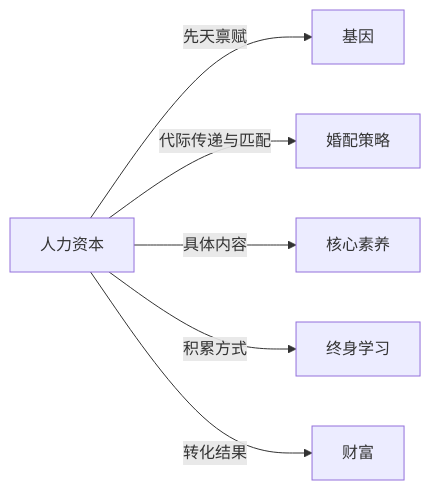
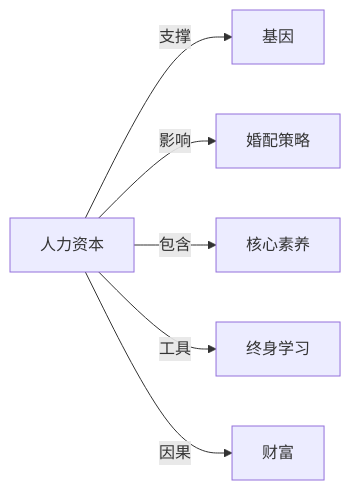
The diagram in Knowledge/Concepts/经济/人力资本.md (KIMMCHOW/MyKnowledge), drawn with Mermaid before and after one commit. The commit also changed 95 other files, not shown here.

Commit message:
reorganize: 统一关系图边标签为11类

````diff
--- a/Knowledge/Concepts/经济/人力资本.md
+++ b/Knowledge/Concepts/经济/人力资本.md
@@ -46,8 +46,8 @@
 ```mermaid
 graph LR
-人力资本 -->|先天禀赋| 基因
-人力资本 -->|代际传递与匹配| 婚配策略
-人力资本 -->|具体内容| 核心素养
-人力资本 -->|积累方式| 终身学习
-人力资本 -->|转化结果| 财富
+人力资本 -->|支撑| 基因
+人力资本 -->|影响| 婚配策略
+人力资本 -->|包含| 核心素养
+人力资本 -->|工具| 终身学习
+人力资本 -->|因果| 财富
 ```
````
